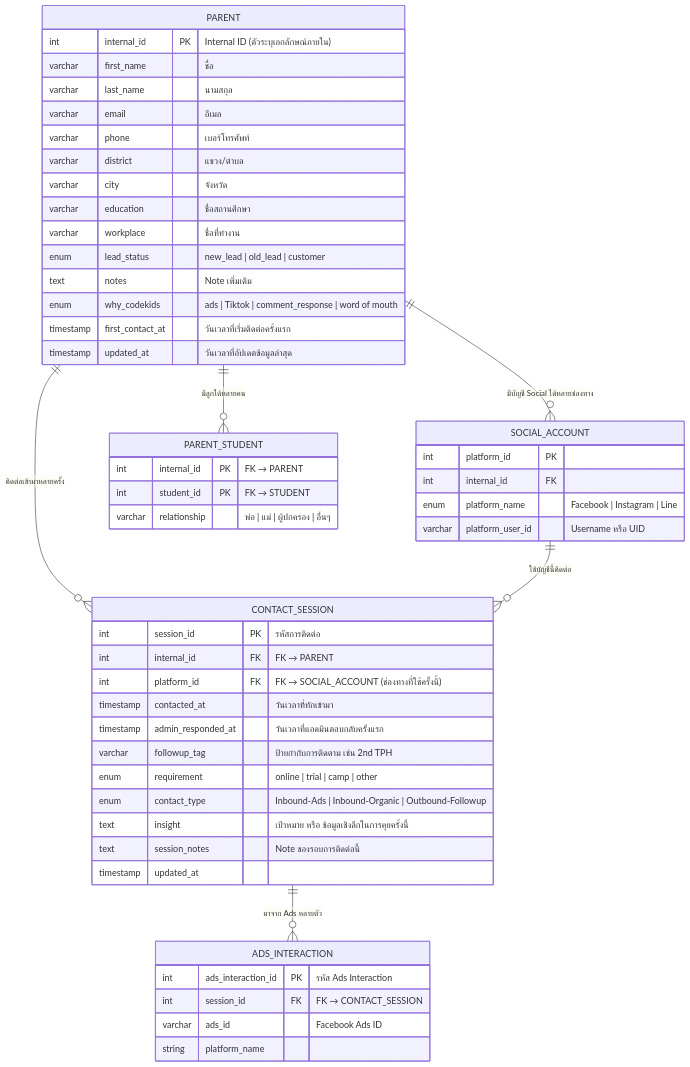
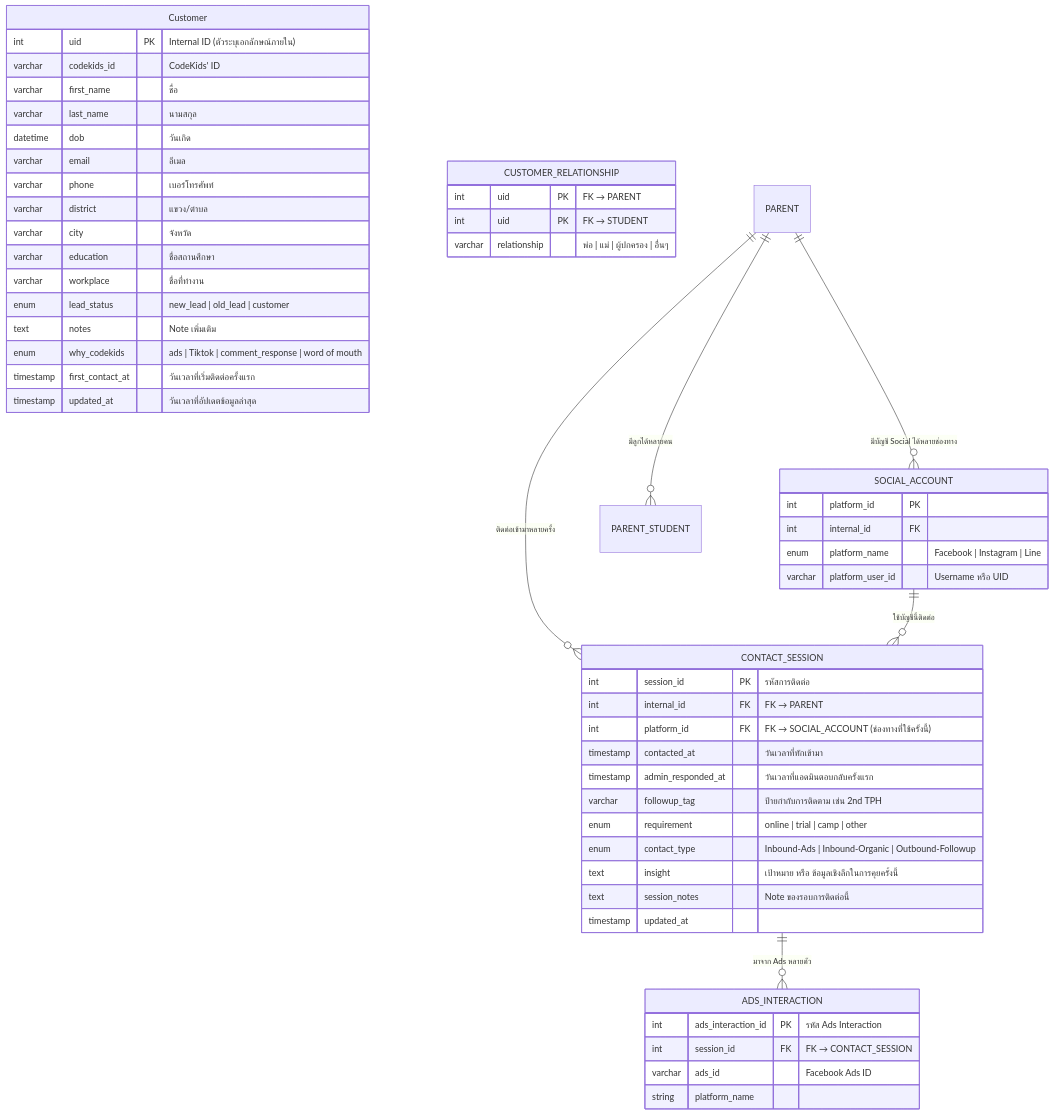
The diagram in document/er.MD (raknatee/CodeKids-CRM), drawn with Mermaid before and after one commit.

Commit message:
Refactor database schema for Customer and relationships

````diff
--- a/document/er.MD
+++ b/document/er.MD
@@ -1,72 +1,74 @@
 ```mermaid
 
 erDiagram
 
     %% ════════════════════════════════════════════
     %% CORE IDENTITY LAYER
     %% ════════════════════════════════════════════
 
-    PARENT {
-        int         internal_id         PK  "Internal ID (ตัวระบุเอกลักษณ์ภายใน)"
+    Customer {
+        int         uid         PK  "Internal ID (ตัวระบุเอกลักษณ์ภายใน)"
+        varchar     codekids_id             "CodeKids' ID"
         varchar     first_name              "ชื่อ"
         varchar     last_name               "นามสกุล"
+        datetime    dob                     "วันเกิด"
         varchar     email                   "อีเมล"
         varchar     phone                   "เบอร์โทรศัพท์"
         varchar     district                "แขวง/ตำบล"
         varchar     city                    "จังหวัด"
         varchar     education               "ชื่อสถานศึกษา"
         varchar     workplace               "ชื่อที่ทำงาน"
         enum        lead_status             "new_lead | old_lead | customer"
         text        notes                   "Note เพิ่มเติม"
         enum        why_codekids            "ads | Tiktok | comment_response | word of mouth"
         timestamp   first_contact_at        "วันเวลาที่เริ่มติดต่อครั้งแรก"
         timestamp   updated_at              "วันเวลาที่อัปเดตข้อมูลล่าสุด"
     }
 
     SOCIAL_ACCOUNT {
         int         platform_id          PK  
         int         internal_id          FK  
         enum        platform_name            "Facebook | Instagram | Line"
         varchar     platform_user_id         "Username หรือ UID"
     }
 
-    PARENT_STUDENT {
-        int         internal_id         PK  "FK → PARENT"
-        int         student_id          PK  "FK → STUDENT"
+    CUSTOMER_RELATIONSHIP {
+        int         uid         PK  "FK → PARENT"
+        int         uid          PK  "FK → STUDENT"
         varchar     relationship            "พ่อ | แม่ | ผู้ปกครอง | อื่นๆ"
     }
 
 
     %% ════════════════════════════════════════════
     %% CONTACT & INTERACTION LAYER
     %% ════════════════════════════════════════════
 
     CONTACT_SESSION {
         int         session_id          PK  "รหัสการติดต่อ"
         int         internal_id         FK  "FK → PARENT"
         int         platform_id         FK  "FK → SOCIAL_ACCOUNT (ช่องทางที่ใช้ครั้งนี้)"
         timestamp   contacted_at            "วันเวลาที่ทักเข้ามา"
         timestamp   admin_responded_at      "วันเวลาที่แอดมินตอบกลับครั้งแรก"
         varchar     followup_tag            "ป้ายกำกับการติดตาม เช่น 2nd TPH"
         enum        requirement             "online | trial | camp | other"
         enum        contact_type            " Inbound-Ads | Inbound-Organic | Outbound-Followup"
         text        insight                 "เป้าหมาย หรือ ข้อมูลเชิงลึกในการคุยครั้งนี้"
         text        session_notes           "Note ของรอบการติดต่อนี้"
         timestamp   updated_at
     }
 
     ADS_INTERACTION {
         int         ads_interaction_id  PK  "รหัส Ads Interaction"
         int         session_id          FK  "FK → CONTACT_SESSION"
         varchar     ads_id                  "Facebook Ads ID"
         string      platform_name
     }
 
 
     PARENT            ||--o{ SOCIAL_ACCOUNT    : "มีบัญชี Social ได้หลายช่องทาง"
     PARENT            ||--o{ PARENT_STUDENT    : "มีลูกได้หลายคน"
     PARENT            ||--o{ CONTACT_SESSION   : "ติดต่อเข้ามาหลายครั้ง"
     SOCIAL_ACCOUNT    ||--o{ CONTACT_SESSION   : "ใช้บัญชีนี้ติดต่อ"
     CONTACT_SESSION   ||--o{ ADS_INTERACTION   : "มาจาก Ads หลายตัว"
     
 ```
````
